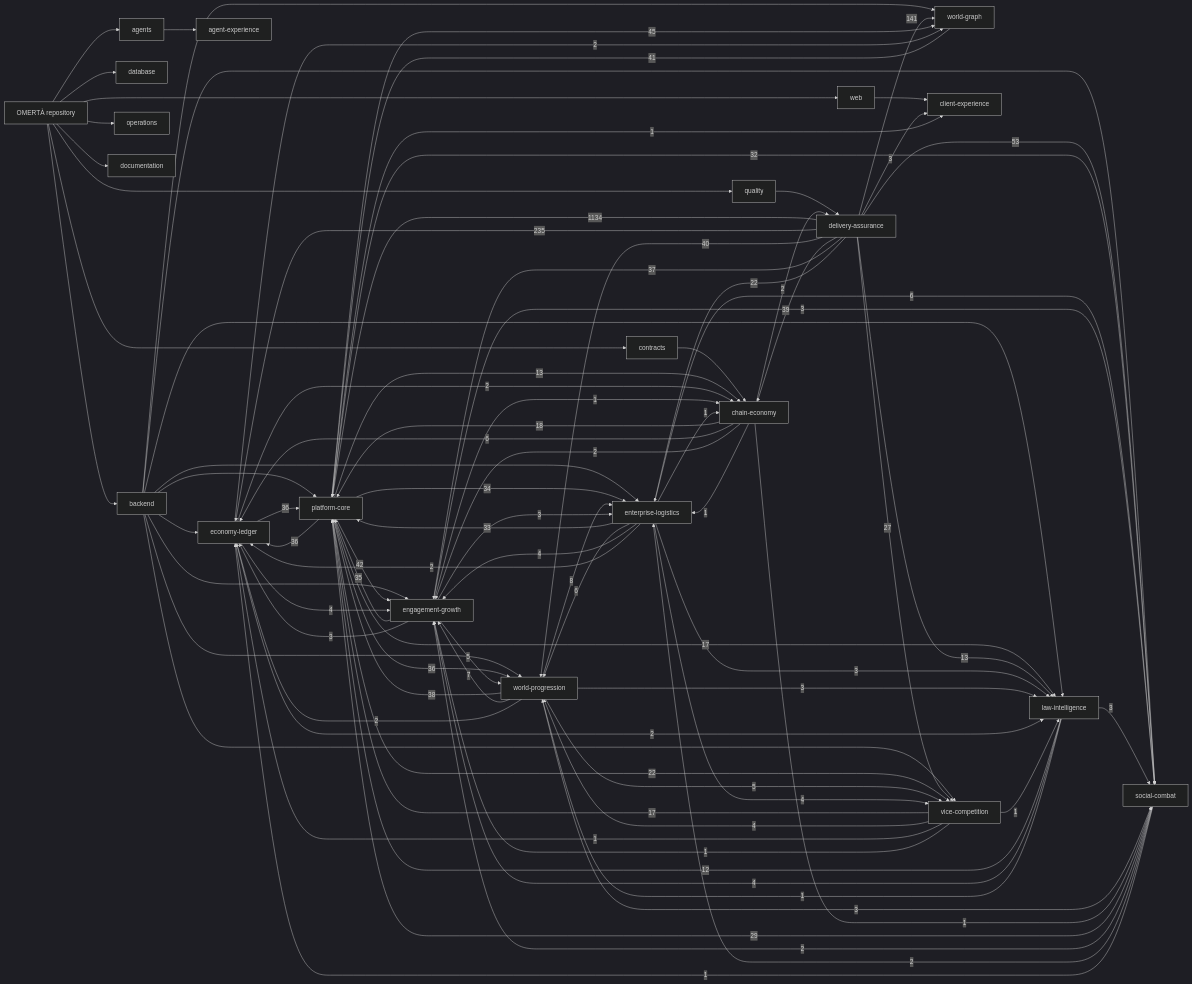
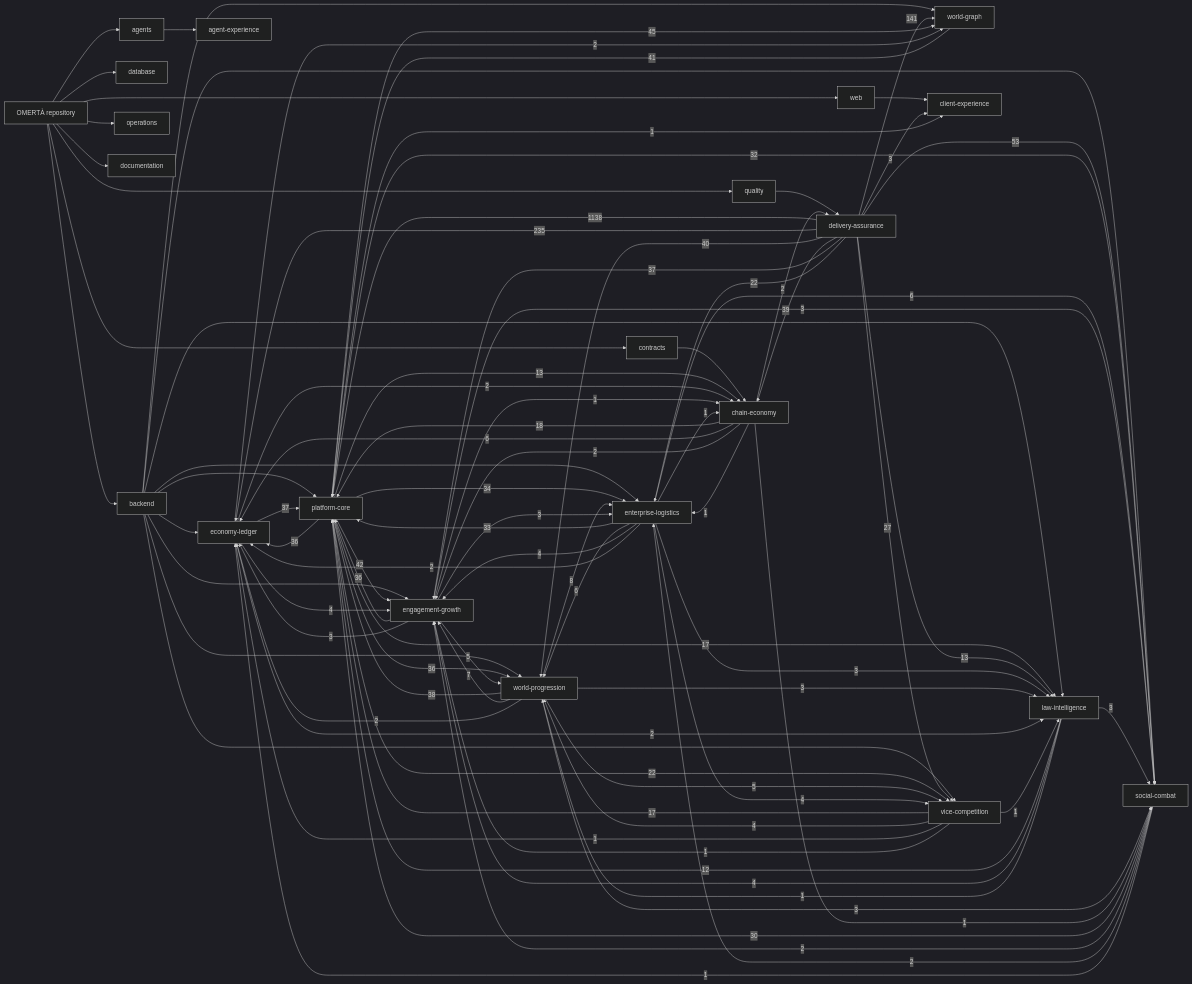
The diagram in knowledge/generated/graph.mmd (OmertaDev/Omerta), drawn with Mermaid (dark theme) before and after one commit. The commit also changed 7 other files, not shown here.

```diff
--- a/knowledge/generated/graph.mmd
+++ b/knowledge/generated/graph.mmd
@@ -1,111 +1,111 @@
 flowchart LR
   repo["OMERTÀ repository"]
   sub_backend["backend"]
   repo --> sub_backend
   sub_database["database"]
   repo --> sub_database
   sub_web["web"]
   repo --> sub_web
   sub_contracts["contracts"]
   repo --> sub_contracts
   sub_agents["agents"]
   repo --> sub_agents
   sub_quality["quality"]
   repo --> sub_quality
   sub_operations["operations"]
   repo --> sub_operations
   sub_documentation["documentation"]
   repo --> sub_documentation
   dom_platform-core["platform-core"]
   dom_economy-ledger["economy-ledger"]
   dom_social-combat["social-combat"]
   dom_world-progression["world-progression"]
   dom_world-graph["world-graph"]
   dom_enterprise-logistics["enterprise-logistics"]
   dom_vice-competition["vice-competition"]
   dom_law-intelligence["law-intelligence"]
   dom_chain-economy["chain-economy"]
   dom_engagement-growth["engagement-growth"]
   dom_client-experience["client-experience"]
   dom_agent-experience["agent-experience"]
   dom_delivery-assurance["delivery-assurance"]
   sub_agents --> dom_agent-experience
   sub_backend --> dom_economy-ledger
   sub_backend --> dom_engagement-growth
   sub_backend --> dom_enterprise-logistics
   sub_backend --> dom_law-intelligence
   sub_backend --> dom_platform-core
   sub_backend --> dom_social-combat
   sub_backend --> dom_vice-competition
   sub_backend --> dom_world-graph
   sub_backend --> dom_world-progression
   sub_contracts --> dom_chain-economy
   sub_quality --> dom_delivery-assurance
   sub_web --> dom_client-experience
-  dom_delivery-assurance -->|1134| dom_platform-core
+  dom_delivery-assurance -->|1138| dom_platform-core
   dom_delivery-assurance -->|235| dom_economy-ledger
   dom_delivery-assurance -->|141| dom_world-graph
   dom_delivery-assurance -->|53| dom_social-combat
   dom_platform-core -->|45| dom_world-graph
   dom_platform-core -->|42| dom_engagement-growth
   dom_world-graph -->|41| dom_platform-core
   dom_delivery-assurance -->|40| dom_world-progression
   dom_delivery-assurance -->|39| dom_chain-economy
   dom_world-progression -->|38| dom_platform-core
   dom_delivery-assurance -->|37| dom_engagement-growth
-  dom_economy-ledger -->|36| dom_platform-core
+  dom_economy-ledger -->|37| dom_platform-core
+  dom_engagement-growth -->|36| dom_platform-core
   dom_platform-core -->|36| dom_economy-ledger
   dom_platform-core -->|36| dom_world-progression
-  dom_engagement-growth -->|35| dom_platform-core
   dom_platform-core -->|34| dom_enterprise-logistics
   dom_enterprise-logistics -->|33| dom_platform-core
   dom_platform-core -->|32| dom_social-combat
-  dom_social-combat -->|29| dom_platform-core
+  dom_social-combat -->|30| dom_platform-core
   dom_delivery-assurance -->|27| dom_vice-competition
   dom_delivery-assurance -->|22| dom_enterprise-logistics
   dom_platform-core -->|22| dom_vice-competition
   dom_chain-economy -->|18| dom_platform-core
   dom_platform-core -->|17| dom_law-intelligence
   dom_vice-competition -->|17| dom_platform-core
   dom_delivery-assurance -->|13| dom_law-intelligence
   dom_platform-core -->|13| dom_chain-economy
   dom_law-intelligence -->|12| dom_platform-core
   dom_world-progression -->|8| dom_enterprise-logistics
   dom_world-progression -->|7| dom_engagement-growth
   dom_chain-economy -->|6| dom_economy-ledger
   dom_enterprise-logistics -->|6| dom_social-combat
   dom_enterprise-logistics -->|6| dom_world-progression
   dom_engagement-growth -->|5| dom_world-progression
   dom_world-progression -->|5| dom_vice-competition
   dom_economy-ledger -->|4| dom_engagement-growth
   dom_enterprise-logistics -->|4| dom_engagement-growth
   dom_enterprise-logistics -->|4| dom_vice-competition
   dom_law-intelligence -->|4| dom_engagement-growth
   dom_vice-competition -->|4| dom_world-progression
   dom_delivery-assurance -->|3| dom_client-experience
   dom_engagement-growth -->|3| dom_economy-ledger
   dom_engagement-growth -->|3| dom_enterprise-logistics
   dom_engagement-growth -->|3| dom_social-combat
   dom_enterprise-logistics -->|3| dom_law-intelligence
   dom_law-intelligence -->|3| dom_social-combat
   dom_world-progression -->|3| dom_law-intelligence
   dom_world-progression -->|3| dom_social-combat
   dom_chain-economy -->|2| dom_delivery-assurance
   dom_chain-economy -->|2| dom_engagement-growth
   dom_economy-ledger -->|2| dom_chain-economy
   dom_economy-ledger -->|2| dom_law-intelligence
   dom_economy-ledger -->|2| dom_world-graph
   dom_enterprise-logistics -->|2| dom_economy-ledger
   dom_social-combat -->|2| dom_engagement-growth
   dom_social-combat -->|2| dom_enterprise-logistics
   dom_world-progression -->|2| dom_economy-ledger
   dom_chain-economy -->|1| dom_enterprise-logistics
   dom_chain-economy -->|1| dom_social-combat
   dom_engagement-growth -->|1| dom_chain-economy
   dom_enterprise-logistics -->|1| dom_chain-economy
   dom_law-intelligence -->|1| dom_world-progression
   dom_platform-core -->|1| dom_client-experience
   dom_social-combat -->|1| dom_economy-ledger
   dom_vice-competition -->|1| dom_economy-ledger
   dom_vice-competition -->|1| dom_engagement-growth
   dom_vice-competition -->|1| dom_law-intelligence
```
